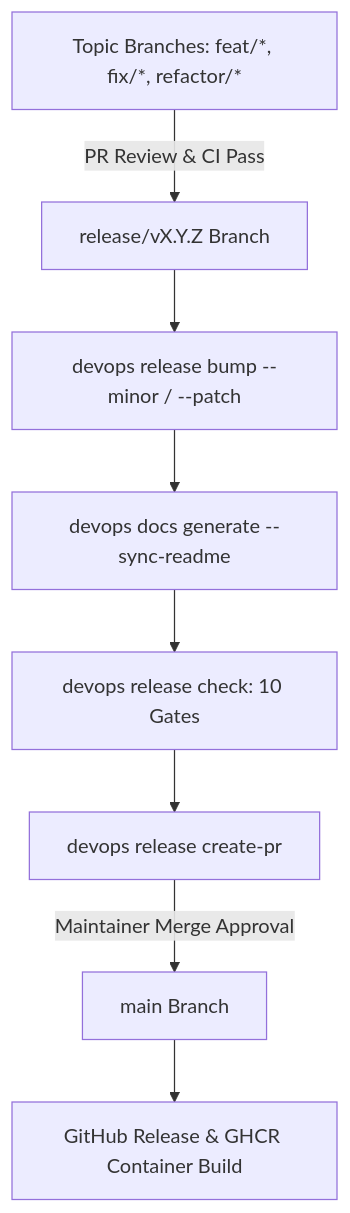
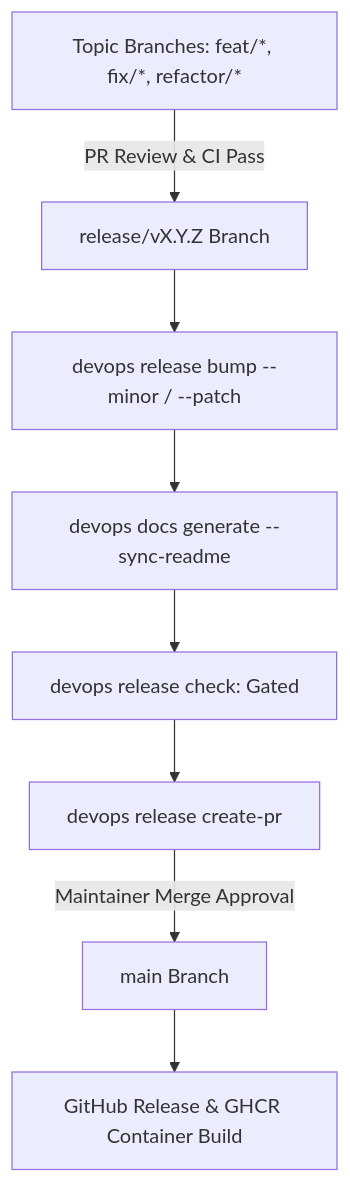
Before and after one commit to dan-petty/devops-cli: the diagram in src/devops_cli/ai/knowledge_base/it_domains/topics/release_engineering_and_semver_governance.md, drawn with Mermaid. The commit also changed other lines of this file and 112 other files, not shown here.

````diff
--- a/src/devops_cli/ai/knowledge_base/it_domains/topics/release_engineering_and_semver_governance.md
+++ b/src/devops_cli/ai/knowledge_base/it_domains/topics/release_engineering_and_semver_governance.md
@@ -7,10 +7,10 @@
 ```mermaid
 graph TD
     A[Topic Branches: feat/*, fix/*, refactor/*] -->|PR Review & CI Pass| B[release/vX.Y.Z Branch]
     B --> C[devops release bump --minor / --patch]
     C --> D[devops docs generate --sync-readme]
-    D --> E[devops release check: 10 Gates]
+    D --> E[devops release check: Gated]
     E --> F[devops release create-pr]
     F -->|Maintainer Merge Approval| G[main Branch]
     G --> H[GitHub Release & GHCR Container Build]
 ```
````
